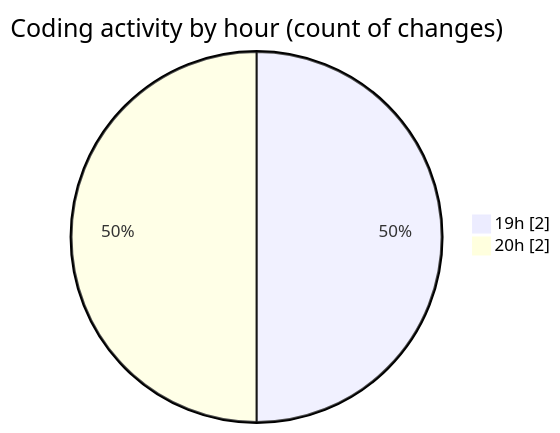
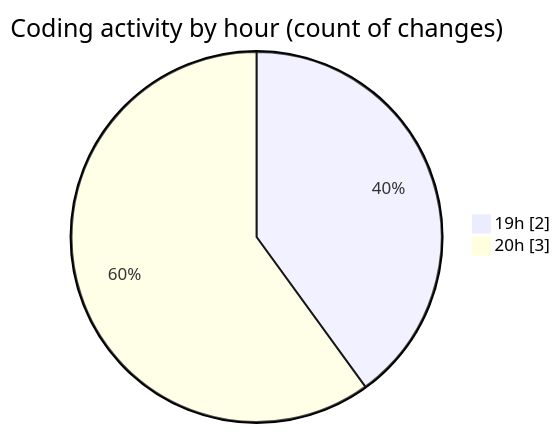
Before and after one commit to EIIisD/code-tracking: the second of 2 diagrams in 2025-07-11/braintubers/README.md, drawn with Mermaid. The commit also changed other lines of this file and 1 other file, not shown here.

````diff
--- a/2025-07-11/braintubers/README.md
+++ b/2025-07-11/braintubers/README.md
@@ -29,6 +29,6 @@
 ```mermaid
 pie showData
 title Coding activity by hour (count of changes)
 "19h" : 2
-"20h" : 2
+"20h" : 3
 ```
````
